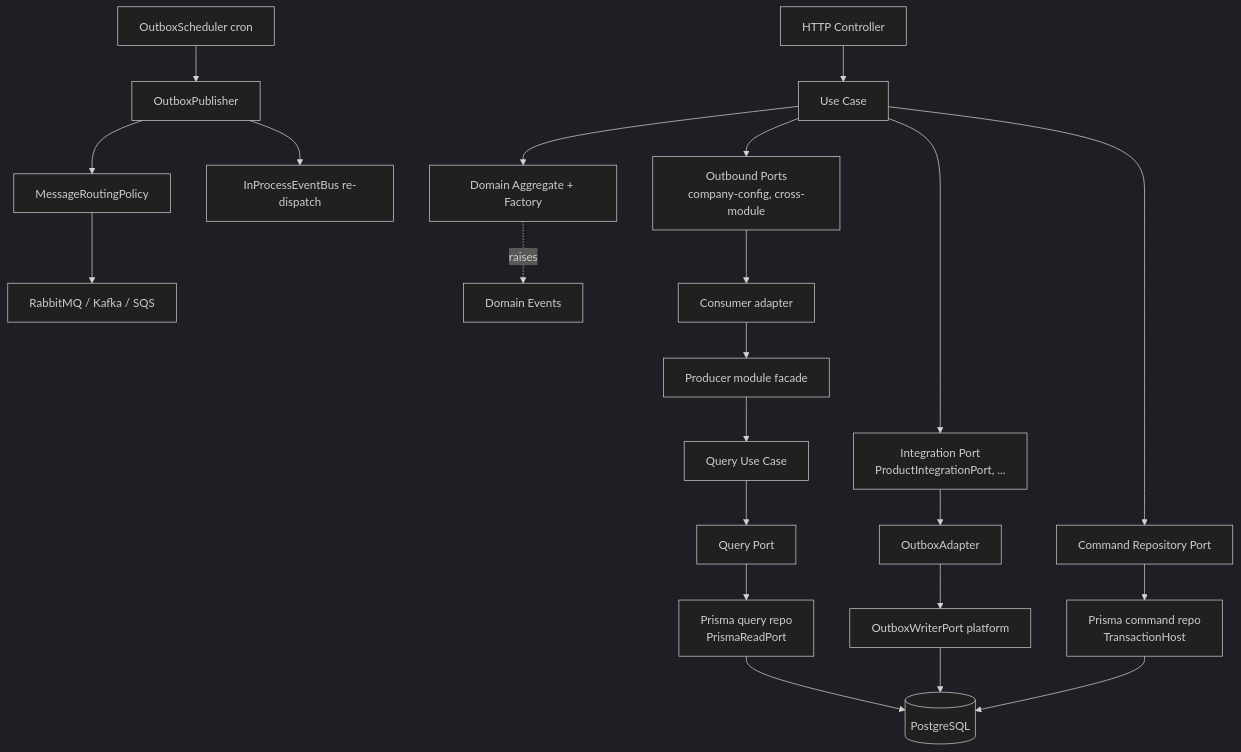
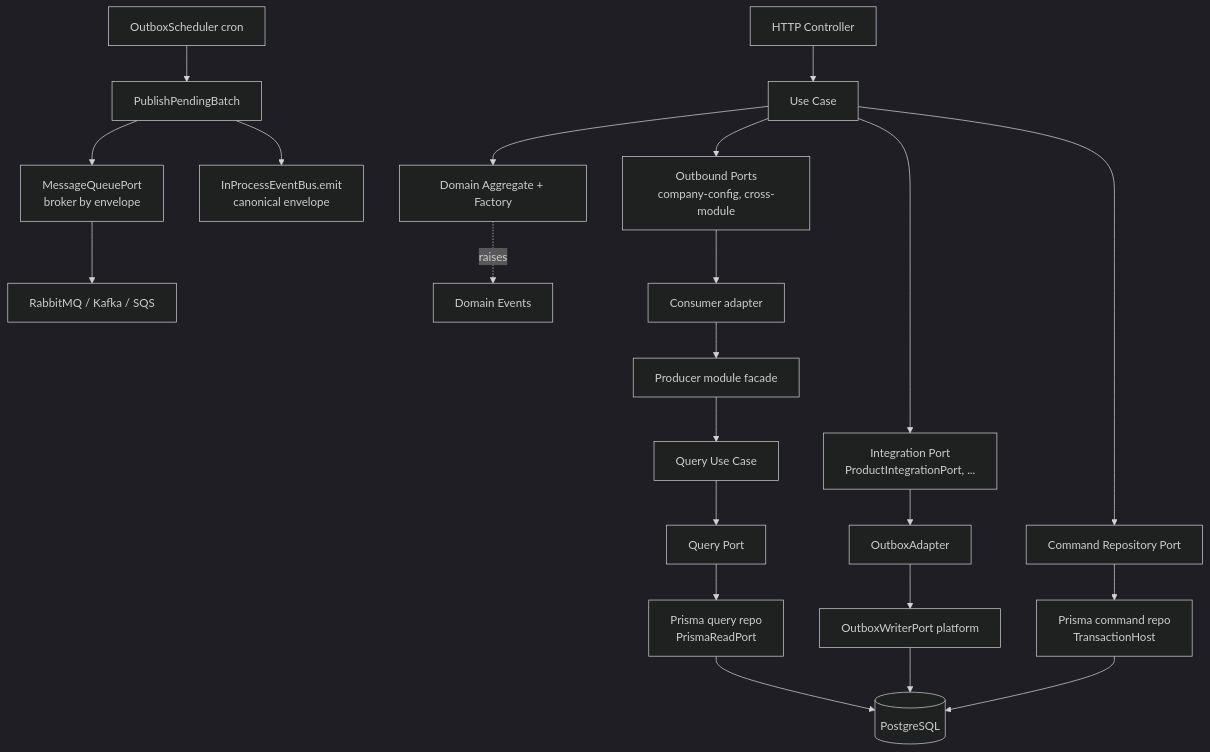
Before and after one commit to ashrafemon/ddd-boilerplate: the first of 3 diagrams in ARCHITECTURE.md, drawn with Mermaid (dark theme). The commit also changed other lines of this file and 130 other files, not shown here.

````diff
--- a/ARCHITECTURE.md
+++ b/ARCHITECTURE.md
@@ -258,19 +258,19 @@
 ```mermaid
 flowchart TD
     HTTP[HTTP Controller] --> UC[Use Case]
     UC --> DOM[Domain Aggregate + Factory]
     UC --> OUTBOUND[Outbound Ports<br/>company-config, cross-module]
     UC --> IP[Integration Port<br/>ProductIntegrationPort, ...]
     IP --> OA[OutboxAdapter] --> OWP[OutboxWriterPort platform]
     UC --> CMDREPO[Command Repository Port] --> PRISMACMD[Prisma command repo<br/>TransactionHost]
     QUC[Query Use Case] --> QREPO[Query Port] --> PRISMAQRY[Prisma query repo<br/>PrismaReadPort]
     OUTBOUND --> OA2[Consumer adapter] --> FACADE[Producer module facade] --> QUC
     PRISMACMD --> DB[(PostgreSQL)]
     PRISMAQRY --> DB
     OWP --> DB
-    SCHED[OutboxScheduler cron] --> PUB[OutboxPublisher]
-    PUB --> ROUTE[MessageRoutingPolicy]
-    ROUTE --> BRK[RabbitMQ / Kafka / SQS]
-    PUB --> BUS[InProcessEventBus re-dispatch]
+    SCHED[OutboxScheduler cron] --> PUB[PublishPendingBatch]
+    PUB --> MQ[MessageQueuePort<br/>broker by envelope]
+    MQ --> BRK[RabbitMQ / Kafka / SQS]
+    PUB --> BUS[InProcessEventBus.emit<br/>canonical envelope]
     DOM -. raises .-> EV[Domain Events]
 ```
````
